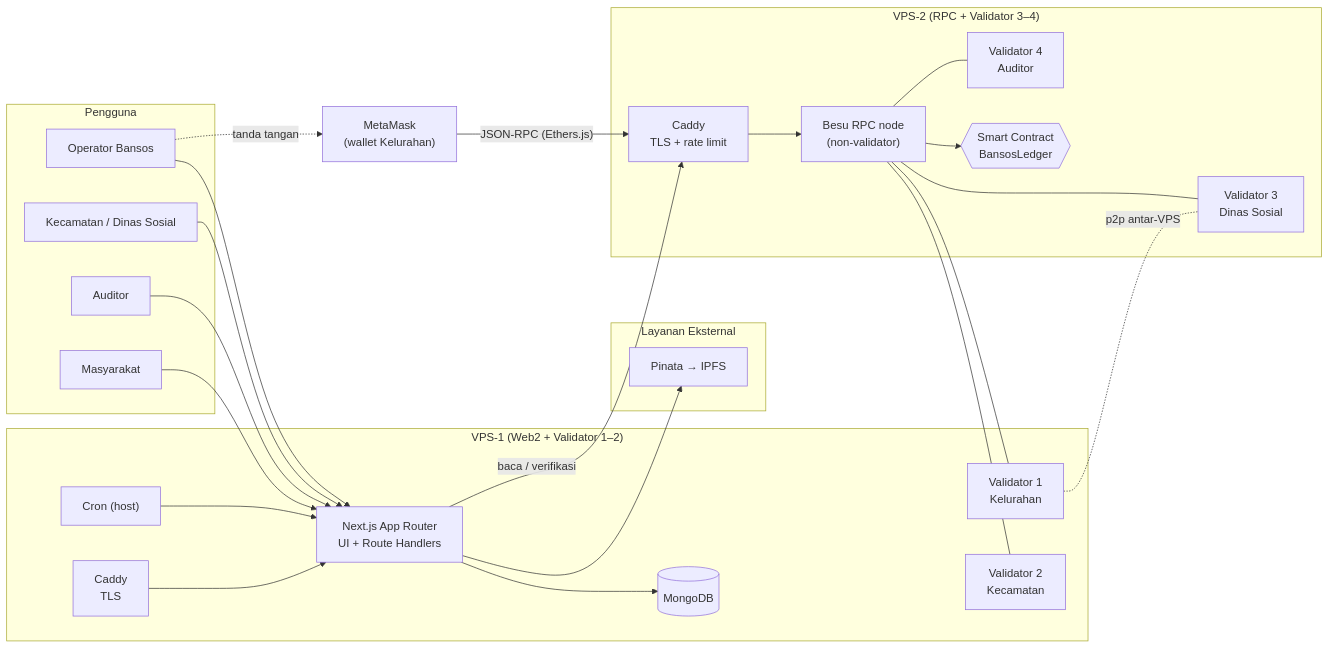
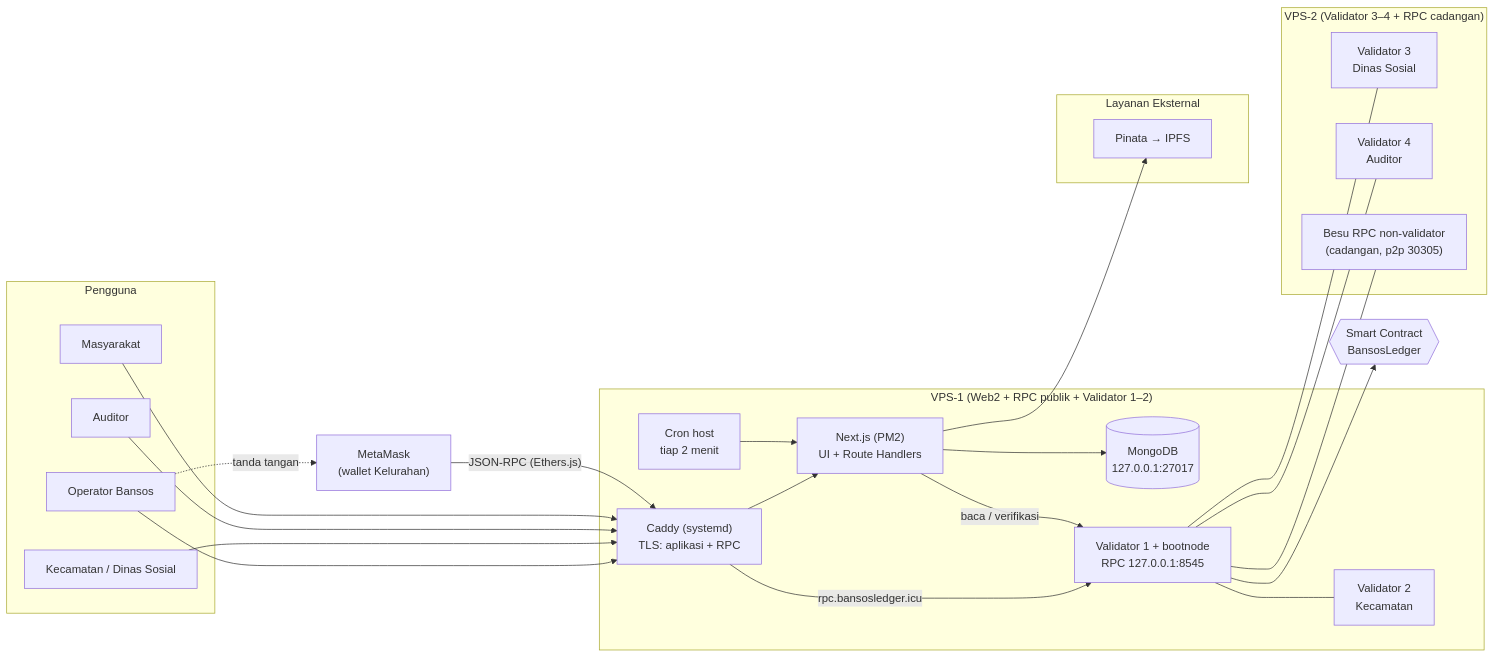
One commit to rhm4tfnx/BansosLedger changed the first of 5 diagrams in docs/PRD.md. Above: the diagram before and after it, drawn with Mermaid. The commit also changed other lines of this file, not shown here.

````diff
--- a/docs/PRD.md
+++ b/docs/PRD.md
@@ -250,48 +250,46 @@
 ```mermaid
 flowchart LR
   subgraph Pengguna
     OP[Operator Bansos]
     RO[Kecamatan / Dinas Sosial]
     AU[Auditor]
     PB[Masyarakat]
   end
 
-  subgraph VPS1["VPS-1 (Web2 + Validator 1–2)"]
-    CD1["Caddy<br/>TLS"]
-    FE["Next.js App Router<br/>UI + Route Handlers"]
-    DB[(MongoDB)]
-    CR["Cron (host)"]
-    V1[Validator 1<br/>Kelurahan]
+  subgraph VPS1["VPS-1 (Web2 + RPC publik + Validator 1–2)"]
+    CD1["Caddy (systemd)<br/>TLS: aplikasi + RPC"]
+    FE["Next.js (PM2)<br/>UI + Route Handlers"]
+    DB[("MongoDB<br/>127.0.0.1:27017")]
+    CR["Cron host<br/>tiap 2 menit"]
+    V1["Validator 1 + bootnode<br/>RPC 127.0.0.1:8545"]
     V2[Validator 2<br/>Kecamatan]
   end
 
   subgraph Ext["Layanan Eksternal"]
     PIN["Pinata → IPFS"]
   end
 
-  subgraph VPS2["VPS-2 (RPC + Validator 3–4)"]
-    NG["Caddy<br/>TLS + rate limit"]
-    RPC["Besu RPC node<br/>(non-validator)"]
+  subgraph VPS2["VPS-2 (Validator 3–4 + RPC cadangan)"]
     V3[Validator 3<br/>Dinas Sosial]
     V4[Validator 4<br/>Auditor]
-    SC{{"Smart Contract<br/>BansosLedger"}}
+    RPC2["Besu RPC non-validator<br/>(cadangan, p2p 30305)"]
   end
 
+  SC{{"Smart Contract<br/>BansosLedger"}}
   MM["MetaMask<br/>(wallet Kelurahan)"]
 
-  OP --> FE
-  RO --> FE
-  AU --> FE
-  PB --> FE
+  OP --> CD1
+  RO --> CD1
+  AU --> CD1
+  PB --> CD1
+  CD1 --> FE
   OP -. tanda tangan .-> MM
-  MM -- "JSON-RPC (Ethers.js)" --> NG
+  MM -- "JSON-RPC (Ethers.js)" --> CD1
+  CD1 -- "rpc.bansosledger.icu" --> V1
   FE --> DB
   FE --> PIN
-  FE -- "baca / verifikasi" --> NG
+  FE -- "baca / verifikasi" --> V1
   CR --> FE
-  NG --> RPC
-  RPC --- V1 & V2 & V3 & V4
-  RPC --> SC
-  CD1 --> FE
-  V1 -. "p2p antar-VPS" .- V3
+  V1 --- V2 & V3 & V4 & RPC2
+  V1 --> SC
 ```
````
